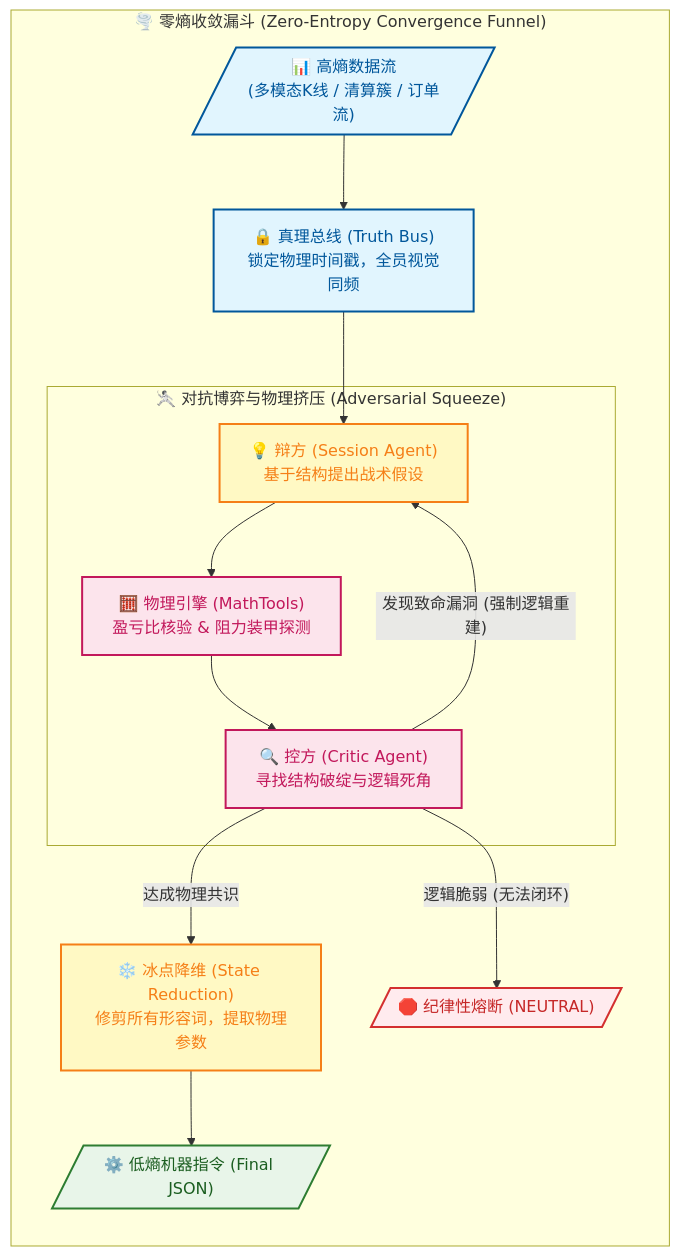
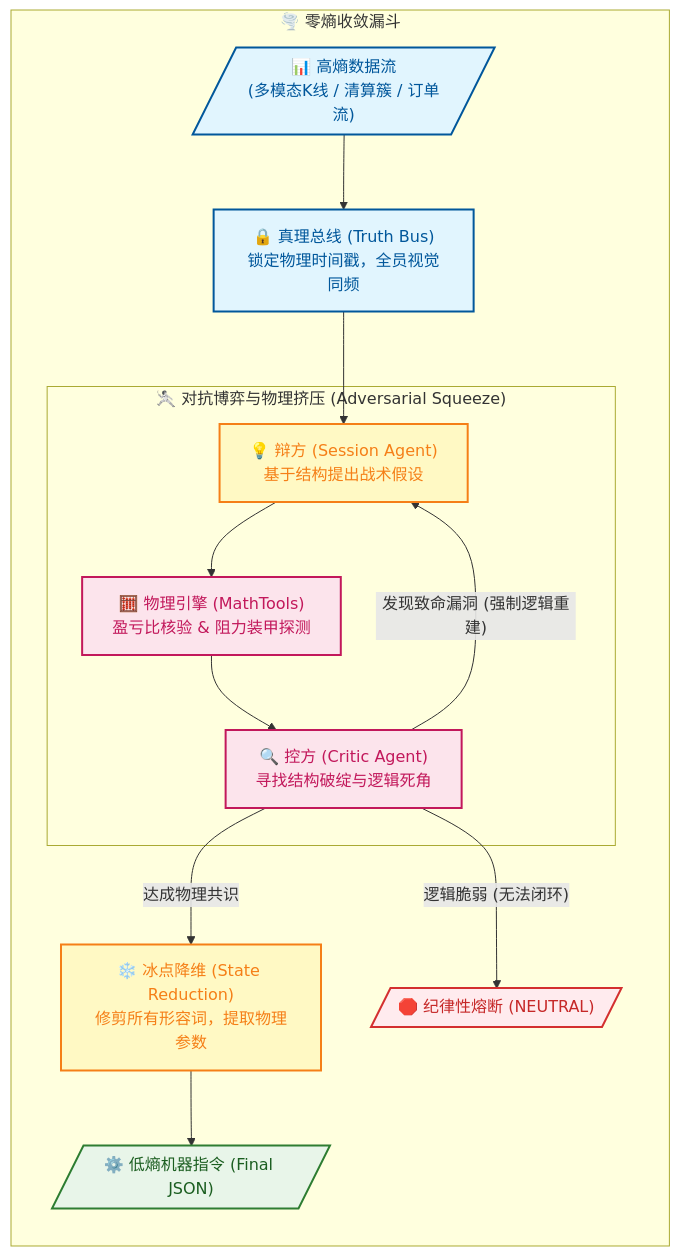
The diagram in README.md (jiangyang5157/binary-star), drawn with Mermaid before and after one commit. The commit also changed other lines of this file, not shown here.

````diff
--- a/README.md
+++ b/README.md
@@ -21,36 +17,36 @@
 ```mermaid
 graph TD
     classDef input fill:#e1f5fe,stroke:#01579b,stroke-width:2px,color:#01579b
     classDef process fill:#fff9c4,stroke:#f57f17,stroke-width:2px,color:#f57f17
     classDef strict fill:#fce4ec,stroke:#c2185b,stroke-width:2px,color:#c2185b
     classDef exec fill:#e8f5e9,stroke:#2e7d32,stroke-width:2px,color:#1b5e20
     classDef halt fill:#ffebee,stroke:#d32f2f,stroke-width:2px,color:#c62828
 
-    subgraph 熵减漏斗 ["🌪️ 零熵收敛漏斗 (Zero-Entropy Convergence Funnel)"]
+    subgraph 熵减漏斗 ["🌪️ 零熵收敛漏斗"]
         direction TB
         
         %% 阶段 1: 事实锚定
         Inputs[/"📊 高熵数据流<br>(多模态K线 / 清算簇 / 订单流)"/]:::input
         TruthBus["🔒 真理总线 (Truth Bus)<br>锁定物理时间戳，全员视觉同频"]:::input
         
         %% 阶段 2: 逻辑挤压
         subgraph 博弈循环 ["🤺 对抗博弈与物理挤压 (Adversarial Squeeze)"]
             Thesis["💡 辩方 (Session Agent)<br>基于结构提出战术假设"]:::process
             Physics["🧮 物理引擎 (MathTools)<br>盈亏比核验 & 阻力装甲探测"]:::strict
             Critic["🔍 控方 (Critic Agent)<br>寻找结构破绽与逻辑死角"]:::strict
             
             Thesis --> Physics --> Critic
             Critic -- "发现致命漏洞 (强制逻辑重建)" --> Thesis
         end
         
         %% 阶段 3: 降维提纯
         Synthesis["❄️ 冰点降维 (State Reduction)<br>修剪所有形容词，提取物理参数"]:::process
         Output[/"⚙️ 低熵机器指令 (Final JSON)"/]:::exec
         Halt[/"🛑 纪律性熔断 (NEUTRAL)"/]:::halt
         
         Inputs --> TruthBus --> Thesis
         Critic -- "达成物理共识" --> Synthesis
         Critic -- "逻辑脆弱 (无法闭环)" --> Halt
         Synthesis --> Output
     end
 ```
````
